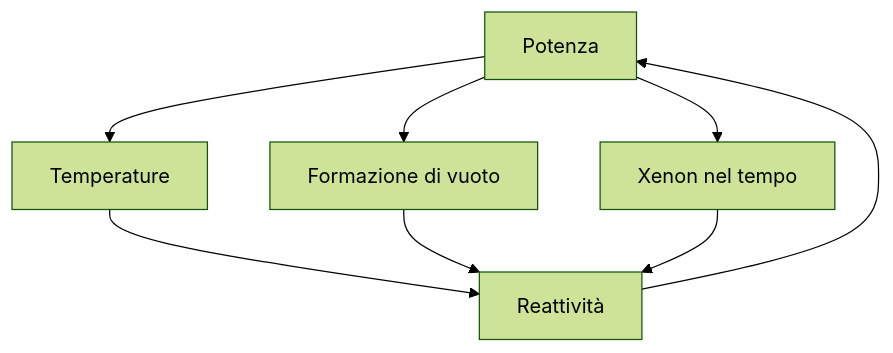
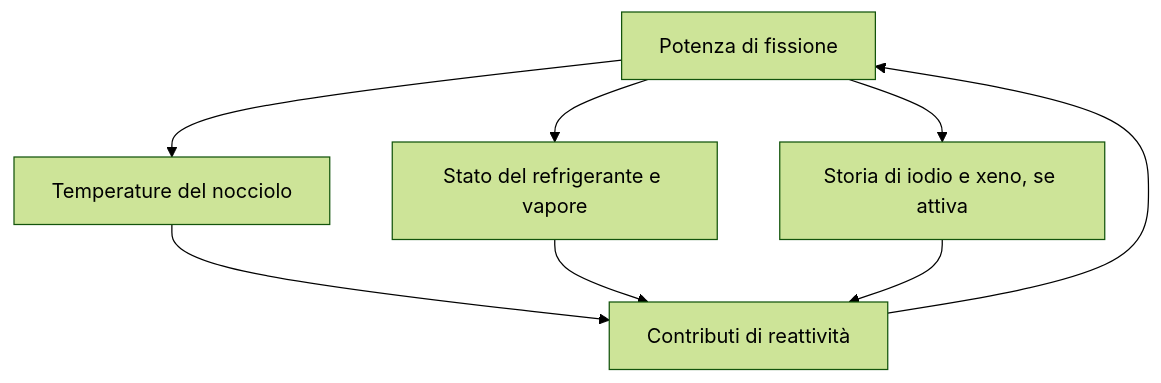
One commit to archistico/NuclearReactorSimulator changed the fourth of 19 diagrams in docs/usermanual/MANUALE_UTENTE_NUCLEAR_REACTOR_SIMULATOR.md. Above: the diagram before and after it, drawn with Mermaid (forest theme). The commit also changed other lines of this file and 4 other files, not shown here.

````diff
--- a/docs/usermanual/MANUALE_UTENTE_NUCLEAR_REACTOR_SIMULATOR.md
+++ b/docs/usermanual/MANUALE_UTENTE_NUCLEAR_REACTOR_SIMULATOR.md
@@ -416,10 +229,10 @@
 ```mermaid
 flowchart TD
-    P[Potenza] --> T[Temperature]
-    P --> V[Formazione di vuoto]
-    P --> X[Xenon nel tempo]
-    T --> R[Reattività]
+    P["Potenza di fissione"] --> T["Temperature del nocciolo"]
+    P --> V["Stato del refrigerante e vapore"]
+    P --> X["Storia di iodio e xeno, se attiva"]
+    T --> R["Contributi di reattività"]
     V --> R
     X --> R
     R --> P
 ```
````
